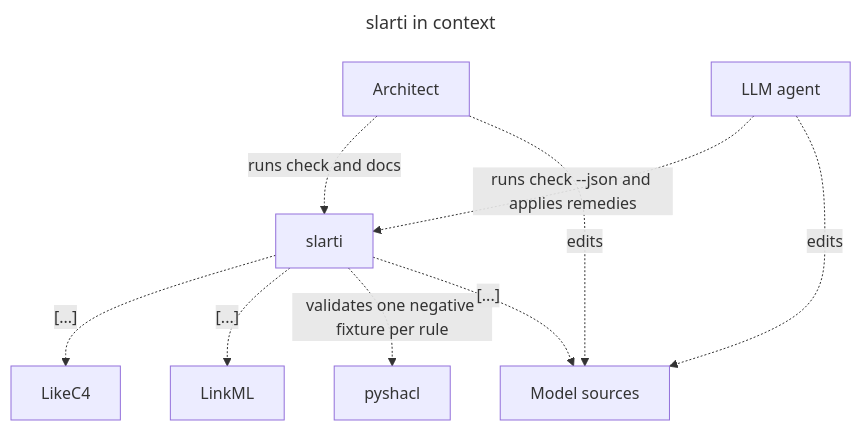
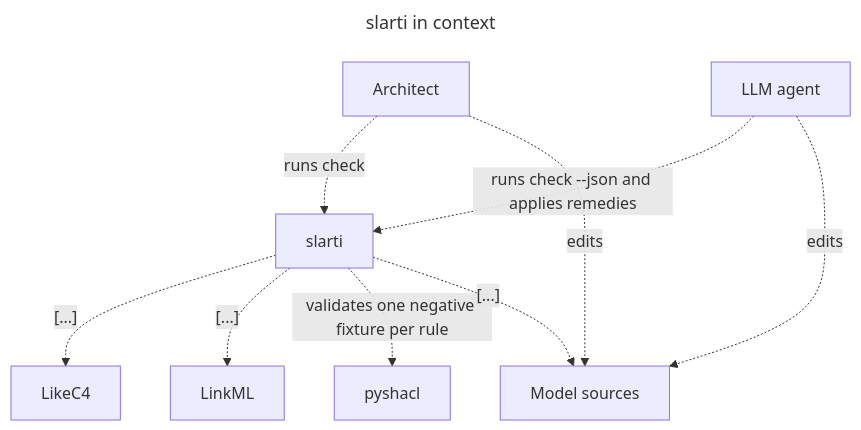
One commit to dsummersl/slartiarch changed the first of 4 diagrams in docs/architecture.md. Above: the diagram before and after it, drawn with Mermaid. The commit also changed other lines of this file and 27 other files, not shown here.

First line of the commit message:
Fold `docs` into `check --fix` and drop the committed diagrams

````diff
--- a/docs/architecture.md
+++ b/docs/architecture.md
@@ -129,21 +129,21 @@
 ```mermaid
 ---
 title: "slarti in context"
 ---
 graph TB
   Architect@{ shape: rectangle, label: "Architect" }
   Agent@{ shape: rectangle, label: "LLM agent" }
   Slarti@{ shape: rectangle, label: "slarti" }
   Likec4@{ shape: rectangle, label: "LikeC4" }
   Linkml@{ shape: rectangle, label: "LinkML" }
   Pyshacl@{ shape: rectangle, label: "pyshacl" }
   Sources@{ shape: rectangle, label: "Model sources" }
-  Architect -. "`runs check and docs`" .-> Slarti
+  Architect -. "`runs check`" .-> Slarti
   Architect -. "`edits`" .-> Sources
   Agent -. "`runs check --json and applies remedies`" .-> Slarti
   Agent -. "`edits`" .-> Sources
   Slarti -. "`[...]`" .-> Likec4
   Slarti -. "`[...]`" .-> Linkml
   Slarti -. "`validates one negative fixture per rule`" .-> Pyshacl
   Slarti -. "`[...]`" .-> Sources
 ```
````
